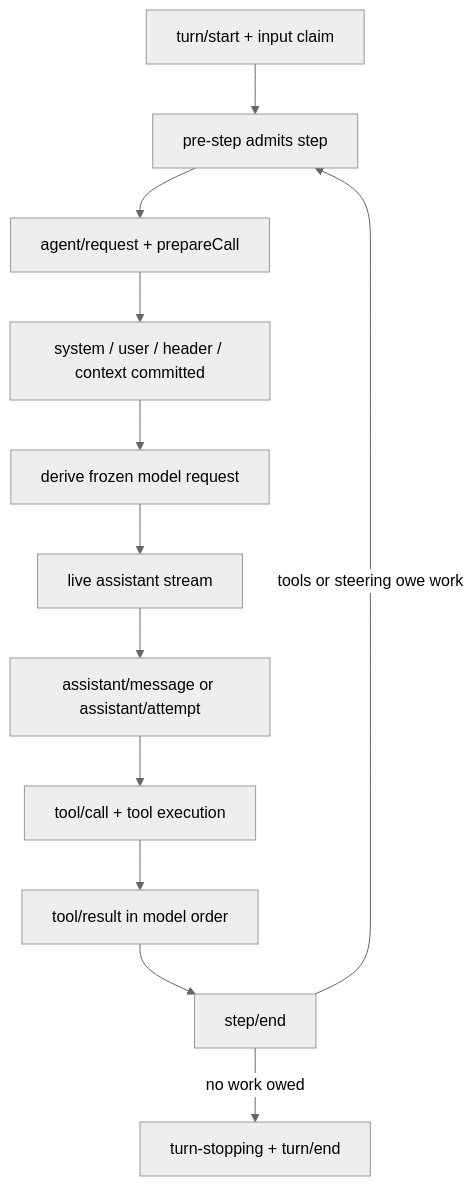
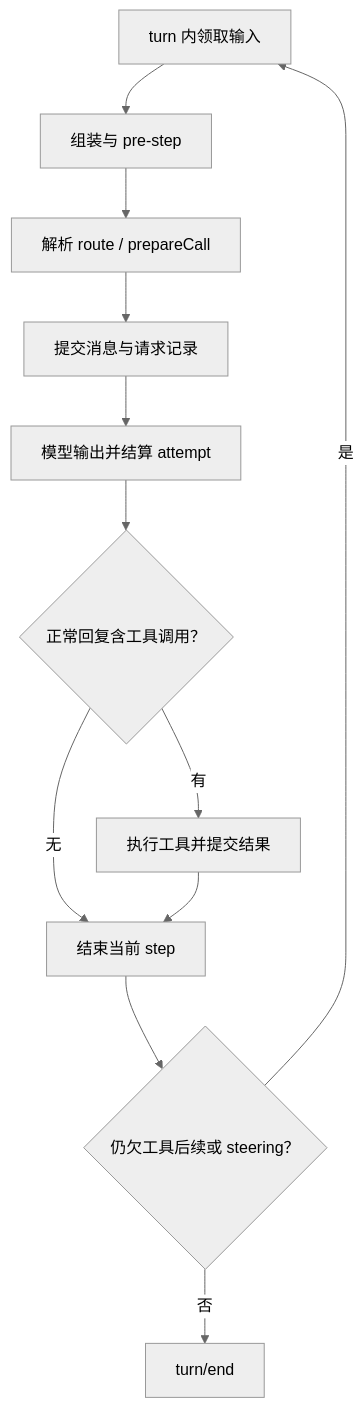
The diagram in how-dsh-works/03-turn-step-tool-pipeline.md (eriklee1895/hands-on-dsh), drawn with Mermaid (neutral theme) before and after one commit. The commit also changed other lines of this file and 86 other files, not shown here.

Commit message:
docs: improve course narrative, technical guidance, and diagrams

````diff
--- a/how-dsh-works/03-turn-step-tool-pipeline.md
+++ b/how-dsh-works/03-turn-step-tool-pipeline.md
@@ -23,14 +19,14 @@
 ```mermaid
 flowchart TD
-    A["turn/start + input claim"] --> B["pre-step admits step"]
-    B --> C["agent/request + prepareCall"]
-    C --> D["system / user / header / context committed"]
-    D --> E["derive frozen model request"]
-    E --> F["live assistant stream"]
-    F --> G["assistant/message or assistant/attempt"]
-    G --> H["tool/call + tool execution"]
-    H --> I["tool/result in model order"]
-    I --> J["step/end"]
-    J -->|"tools or steering owe work"| B
-    J -->|"no work owed"| K["turn-stopping + turn/end"]
+    A["turn 内领取输入"] --> B["组装与 pre-step"]
+    B --> C["解析 route / prepareCall"]
+    C --> D["提交消息与请求记录"]
+    D --> E["模型输出并结算 attempt"]
+    E --> F{"正常回复含工具调用？"}
+    F -->|"有"| G["执行工具并提交结果"]
+    F -->|"无"| H["结束当前 step"]
+    G --> H
+    H --> I{"仍欠工具后续或 steering？"}
+    I -->|"是"| A
+    I -->|"否"| J["turn/end"]
 ```
````
